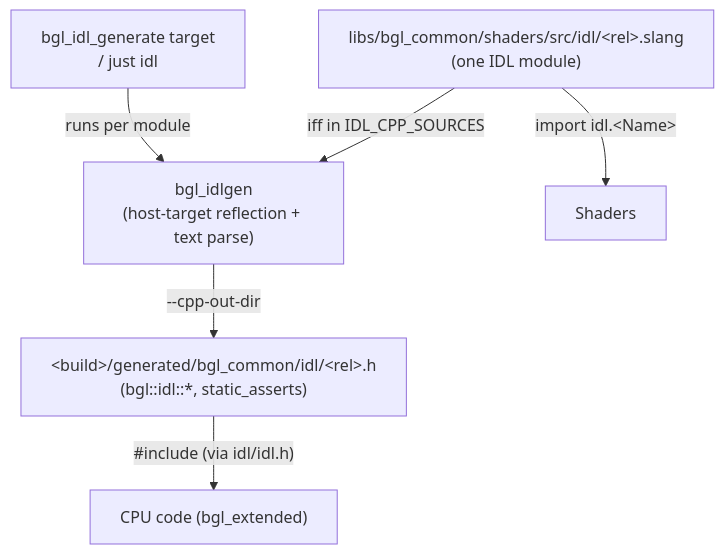
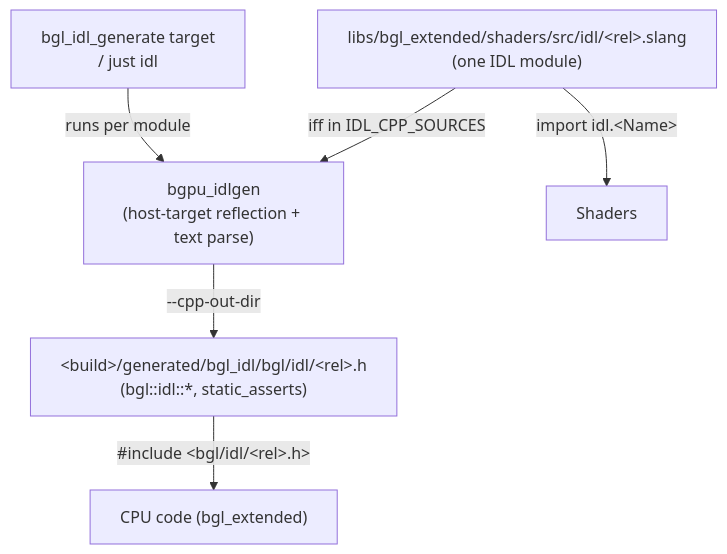
The diagram in docs/idlgen.md (alexjiang200407/bernini), drawn with Mermaid before and after one commit. The commit also changed other lines of this file and 222 other files, not shown here.

````diff
--- a/docs/idlgen.md
+++ b/docs/idlgen.md
@@ -165,14 +165,14 @@
 ```mermaid
 flowchart TD
-    IDL["libs/bgl_common/shaders/src/idl/&lt;rel&gt;.slang<br/>(one IDL module)"]
-    TOOL["bgl_idlgen<br/>(host-target reflection + text parse)"]
-    CPP["&lt;build&gt;/generated/bgl_common/idl/&lt;rel&gt;.h<br/>(bgl::idl::*, static_asserts)"]
+    IDL["libs/bgl_extended/shaders/src/idl/&lt;rel&gt;.slang<br/>(one IDL module)"]
+    TOOL["bgpu_idlgen<br/>(host-target reflection + text parse)"]
+    CPP["&lt;build&gt;/generated/bgl_idl/bgl/idl/&lt;rel&gt;.h<br/>(bgl::idl::*, static_asserts)"]
     SH["Shaders"]
     CX["CPU code (bgl_extended)"]
 
     IDL -- "iff in IDL_CPP_SOURCES" --> TOOL
     TOOL -- "--cpp-out-dir" --> CPP
     IDL -- "import idl.&lt;Name&gt;" --> SH
-    CPP -- "#include (via idl/idl.h)" --> CX
+    CPP -- "#include &lt;bgl/idl/&lt;rel&gt;.h&gt;" --> CX
     CMAKE["bgl_idl_generate target<br/>/ just idl"] -- "runs per module" --> TOOL
 ```
````
